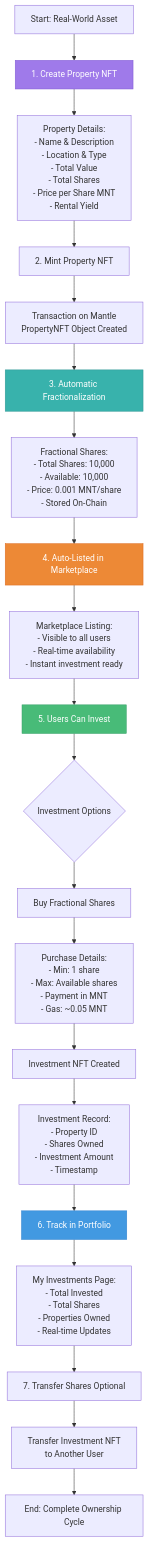
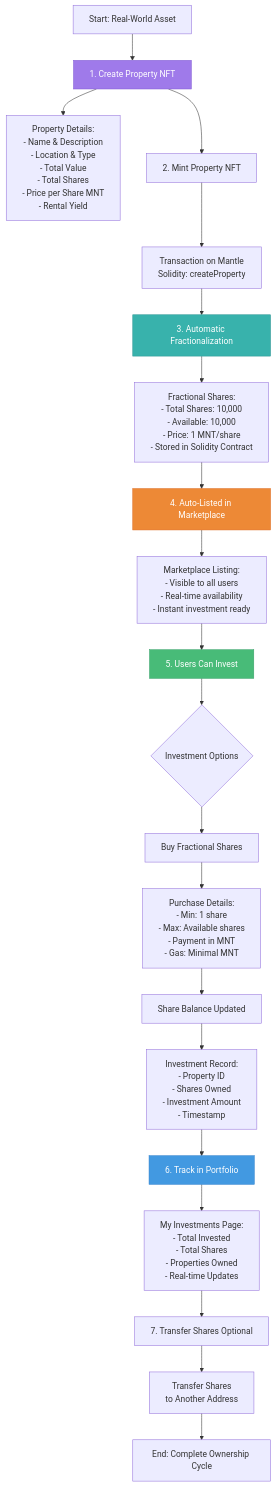
One commit to RWA-Exchange/RWA-Exchange-Mantle changed the first of 3 diagrams in README.md. Above: the diagram before and after it, drawn with Mermaid. The commit also changed other lines of this file, not shown here.

Commit message:
mantle network

````diff
--- a/README.md
+++ b/README.md
@@ -257,38 +67,38 @@
 ```mermaid
 flowchart TD
     Start[Start: Real-World Asset] --> Create[1. Create Property NFT]
     
     Create --> CreateDetails[Property Details:<br/>- Name & Description<br/>- Location & Type<br/>- Total Value<br/>- Total Shares<br/>- Price per Share MNT<br/>- Rental Yield]
     
-    CreateDetails --> Mint[2. Mint Property NFT]
-    Mint --> MintTx[Transaction on Mantle<br/>PropertyNFT Object Created]
+    Create --> Mint[2. Mint Property NFT]
+    Mint --> MintTx[Transaction on Mantle<br/>Solidity: createProperty]
     
     MintTx --> Fractional[3. Automatic Fractionalization]
-    Fractional --> FracDetails[Fractional Shares:<br/>- Total Shares: 10,000<br/>- Available: 10,000<br/>- Price: 0.001 MNT/share<br/>- Stored On-Chain]
+    Fractional --> FracDetails[Fractional Shares:<br/>- Total Shares: 10,000<br/>- Available: 10,000<br/>- Price: 1 MNT/share<br/>- Stored in Solidity Contract]
     
     FracDetails --> List[4. Auto-Listed in Marketplace]
     List --> ListDetails[Marketplace Listing:<br/>- Visible to all users<br/>- Real-time availability<br/>- Instant investment ready]
     
     ListDetails --> Invest[5. Users Can Invest]
     Invest --> InvestOptions{Investment Options}
     
     InvestOptions --> BuyShares[Buy Fractional Shares]
-    BuyShares --> ShareDetails[Purchase Details:<br/>- Min: 1 share<br/>- Max: Available shares<br/>- Payment in MNT<br/>- Gas: ~0.05 MNT]
+    BuyShares --> ShareDetails[Purchase Details:<br/>- Min: 1 share<br/>- Max: Available shares<br/>- Payment in MNT<br/>- Gas: Minimal MNT]
     
-    ShareDetails --> InvestNFT[Investment NFT Created]
-    InvestNFT --> InvestRecord[Investment Record:<br/>- Property ID<br/>- Shares Owned<br/>- Investment Amount<br/>- Timestamp]
+    ShareDetails --> InvestUpdate[Share Balance Updated]
+    InvestUpdate --> InvestRecord[Investment Record:<br/>- Property ID<br/>- Shares Owned<br/>- Investment Amount<br/>- Timestamp]
     
     InvestRecord --> Portfolio[6. Track in Portfolio]
     Portfolio --> PortfolioView[My Investments Page:<br/>- Total Invested<br/>- Total Shares<br/>- Properties Owned<br/>- Real-time Updates]
     
     PortfolioView --> Transfer[7. Transfer Shares Optional]
-    Transfer --> TransferTx[Transfer Investment NFT<br/>to Another User]
+    Transfer --> TransferTx[Transfer Shares<br/>to Another Address]
     
     TransferTx --> End[End: Complete Ownership Cycle]
     
     style Create fill:#9f7aea,stroke:#805ad5,color:#fff
     style Fractional fill:#38b2ac,stroke:#319795,color:#fff
     style List fill:#ed8936,stroke:#dd6b20,color:#fff
     style Invest fill:#48bb78,stroke:#38a169,color:#fff
     style Portfolio fill:#4299e1,stroke:#3182ce,color:#fff
 ```
````
